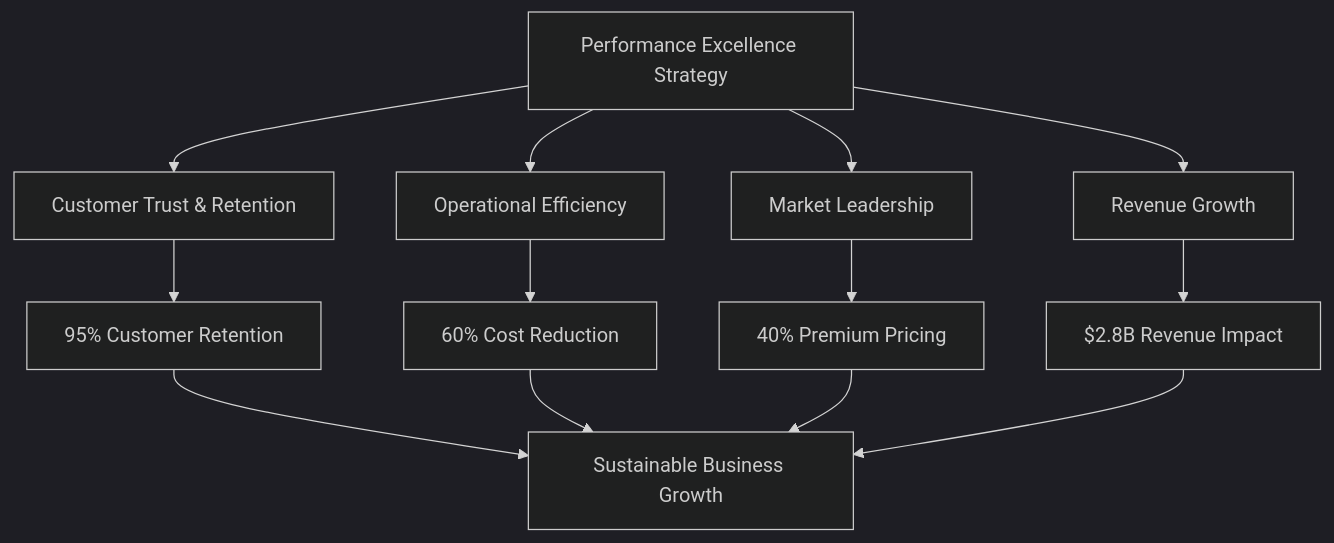
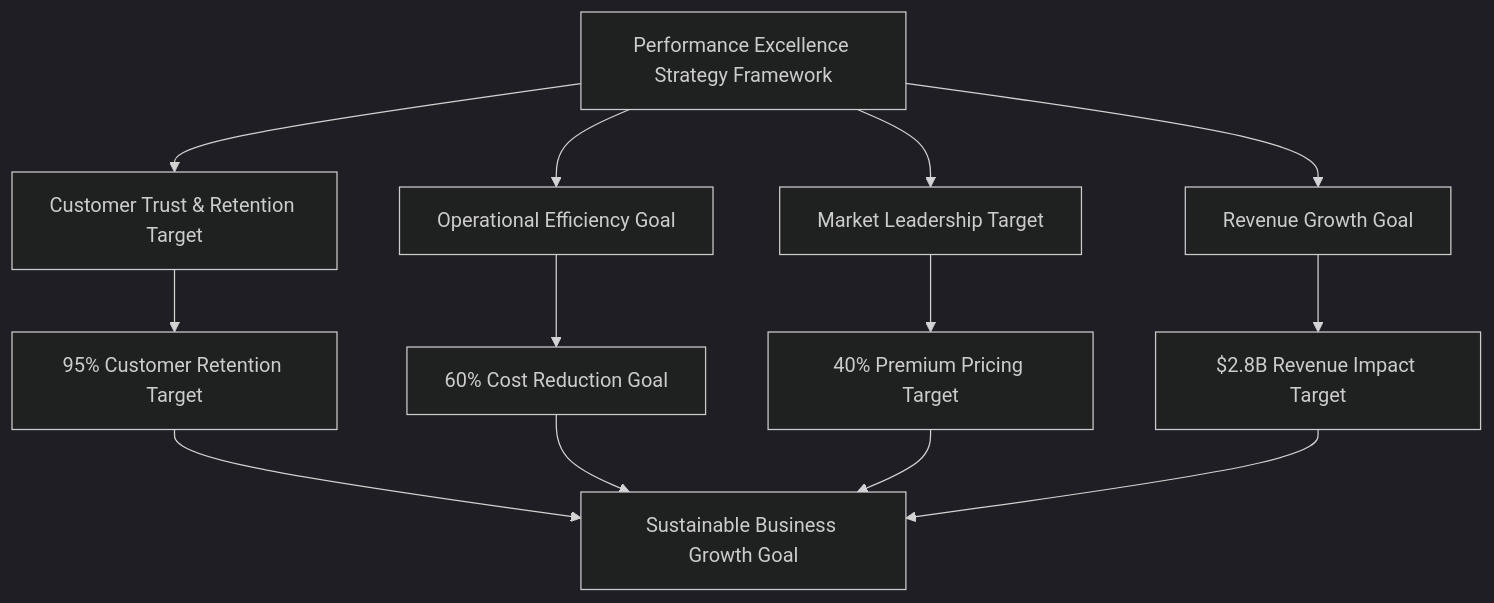
One commit to mydr24/book changed the first of 4 diagrams in chapters/10-performance-optimization.md. Above: the diagram before and after it, drawn with Mermaid (dark theme). The commit also changed other lines of this file and 15 other files, not shown here.

````diff
--- a/chapters/10-performance-optimization.md
+++ b/chapters/10-performance-optimization.md
@@ -67,17 +69,17 @@
 ```mermaid
 graph TD
-    A[Performance Excellence Strategy] --> B[Customer Trust & Retention]
-    A --> C[Operational Efficiency]
-    A --> D[Market Leadership]
-    A --> E[Revenue Growth]
+    A[Performance Excellence Strategy Framework] --> B[Customer Trust & Retention Target]
+    A --> C[Operational Efficiency Goal]
+    A --> D[Market Leadership Target]
+    A --> E[Revenue Growth Goal]
     
-    B --> F[95% Customer Retention]
-    C --> G[60% Cost Reduction]
-    D --> H[40% Premium Pricing]
-    E --> I[$2.8B Revenue Impact]
+    B --> F[95% Customer Retention Target]
+    C --> G[60% Cost Reduction Goal]
+    D --> H[40% Premium Pricing Target]
+    E --> I[$2.8B Revenue Impact Target]
     
-    F --> J[Sustainable Business Growth]
+    F --> J[Sustainable Business Growth Goal]
     G --> J
     H --> J
     I --> J
 ```
````
